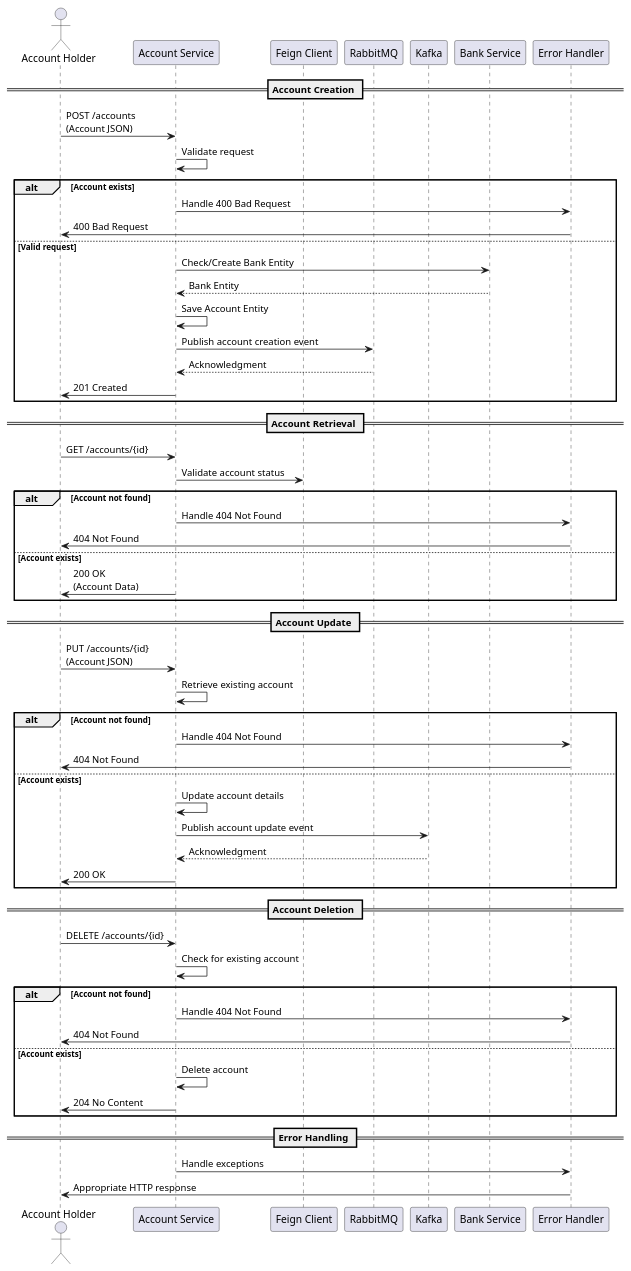
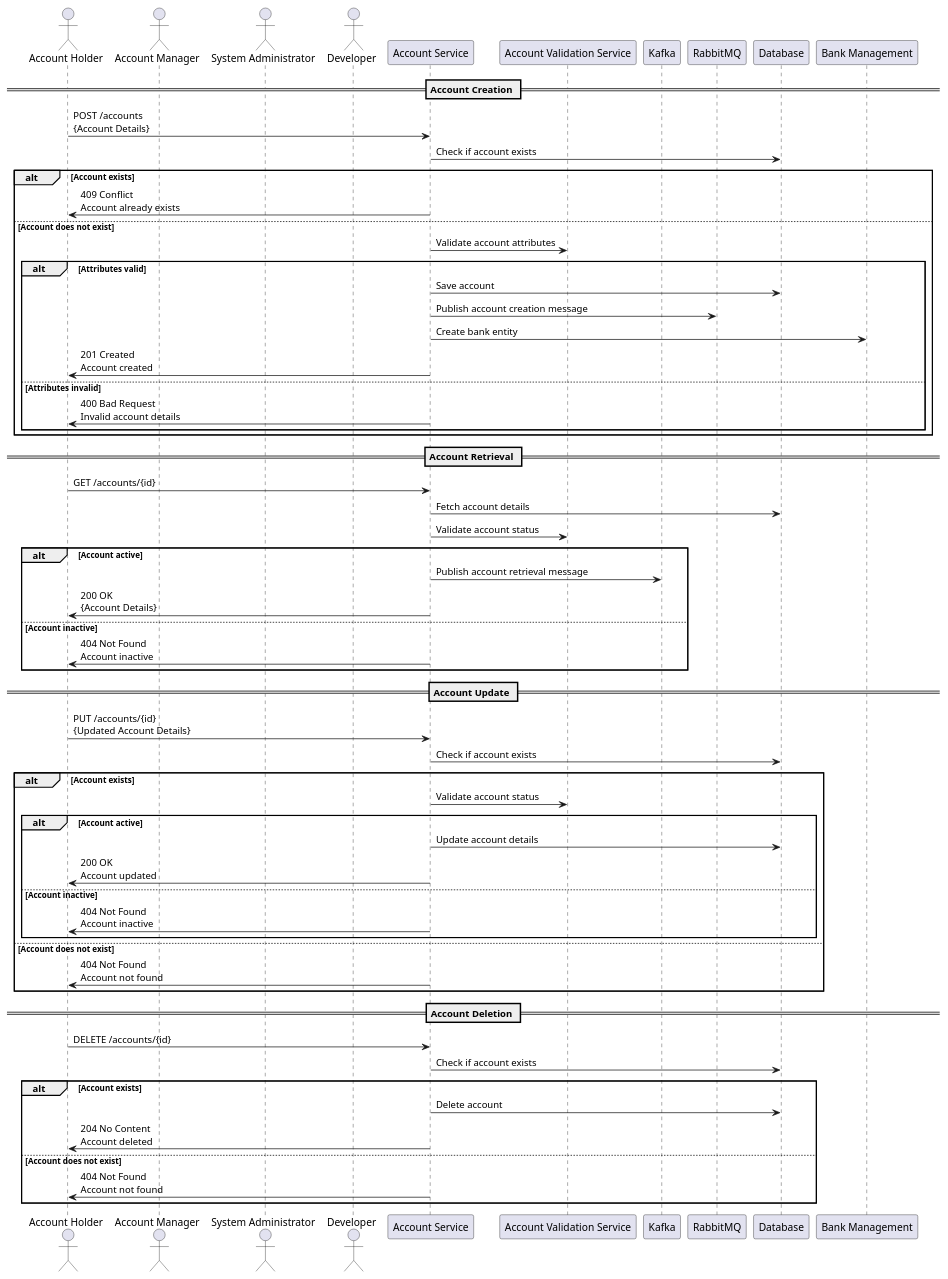
Before and after one commit to Bhaskar-Pavan/AccountService: the diagram in design_document/Account_Service.md, drawn with PlantUML. The commit also changed other lines of this file, not shown here.

````diff
--- a/design_document/Account_Service.md
+++ b/design_document/Account_Service.md
@@ -37,65 +37,68 @@
 ```plantuml
 @startuml
-actor "Account Holder" as Client
-participant "Account Service" as Service
-participant "Feign Client" as Feign
-participant "RabbitMQ" as RabbitMQ
-participant "Kafka" as Kafka
-participant "Bank Service" as BankService
-participant "Error Handler" as ErrorHandler
+actor "Account Holder" as AH
+actor "Account Manager" as AM
+actor "System Administrator" as SA
+actor "Developer" as DEV
+participant "Account Service" as AS
+participant "Account Validation Service" as AVS
+participant "Kafka" as KAFKA
+participant "RabbitMQ" as RABBITMQ
+participant "Database" as DB
+participant "Bank Management" as BM
 
 == Account Creation ==
-Client -> Service: POST /accounts\n(Account JSON)
-Service -> Service: Validate request
+AH -> AS : POST /accounts\n{Account Details}
+AS -> DB : Check if account exists
 alt Account exists
-    Service -> ErrorHandler: Handle 400 Bad Request
-    ErrorHandler -> Client: 400 Bad Request
-else Valid request
-    Service -> BankService: Check/Create Bank Entity
-    BankService --> Service: Bank Entity
-    Service -> Service: Save Account Entity
-    Service -> RabbitMQ: Publish account creation event
-    RabbitMQ --> Service: Acknowledgment
-    Service -> Client: 201 Created
+    AS -> AH : 409 Conflict\nAccount already exists
+else Account does not exist
+    AS -> AVS : Validate account attributes
+    alt Attributes valid
+        AS -> DB : Save account
+        AS -> RABBITMQ : Publish account creation message
+        AS -> BM : Create bank entity
+        AS -> AH : 201 Created\nAccount created
+    else Attributes invalid
+        AS -> AH : 400 Bad Request\nInvalid account details
+    end
 end
 
 == Account Retrieval ==
-Client -> Service: GET /accounts/{id}
-Service -> Feign: Validate account status
-alt Account not found
-    Service -> ErrorHandler: Handle 404 Not Found
-    ErrorHandler -> Client: 404 Not Found
-else Account exists
-    Service -> Client: 200 OK\n(Account Data)
+AH -> AS : GET /accounts/{id}
+AS -> DB : Fetch account details
+AS -> AVS : Validate account status
+alt Account active
+    AS -> KAFKA : Publish account retrieval message
+    AS -> AH : 200 OK\n{Account Details}
+else Account inactive
+    AS -> AH : 404 Not Found\nAccount inactive
 end
 
 == Account Update ==
-Client -> Service: PUT /accounts/{id}\n(Account JSON)
-Service -> Service: Retrieve existing account
-alt Account not found
-    Service -> ErrorHandler: Handle 404 Not Found
-    ErrorHandler -> Client: 404 Not Found
-else Account exists
-    Service -> Service: Update account details
-    Service -> Kafka: Publish account update event
-    Kafka --> Service: Acknowledgment
-    Service -> Client: 200 OK
+AH -> AS : PUT /accounts/{id}\n{Updated Account Details}
+AS -> DB : Check if account exists
+alt Account exists
+    AS -> AVS : Validate account status
+    alt Account active
+        AS -> DB : Update account details
+        AS -> AH : 200 OK\nAccount updated
+    else Account inactive
+        AS -> AH : 404 Not Found\nAccount inactive
+    end
+else Account does not exist
+    AS -> AH : 404 Not Found\nAccount not found
 end
 
 == Account Deletion ==
-Client -> Service: DELETE /accounts/{id}
-Service -> Service: Check for existing account
-alt Account not found
-    Service -> ErrorHandler: Handle 404 Not Found
-    ErrorHandler -> Client: 404 Not Found
-else Account exists
-    Service -> Service: Delete account
-    Service -> Client: 204 No Content
+AH -> AS : DELETE /accounts/{id}
+AS -> DB : Check if account exists
+alt Account exists
+    AS -> DB : Delete account
+    AS -> AH : 204 No Content\nAccount deleted
+else Account does not exist
+    AS -> AH : 404 Not Found\nAccount not found
 end
-
-== Error Handling ==
-Service -> ErrorHandler: Handle exceptions
-ErrorHandler -> Client: Appropriate HTTP response
 
 @enduml
 ```
````
